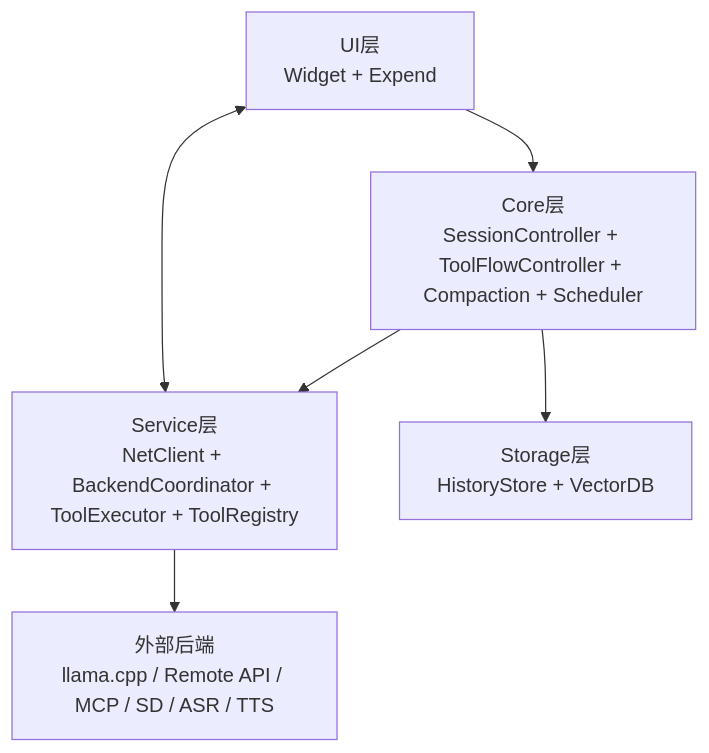
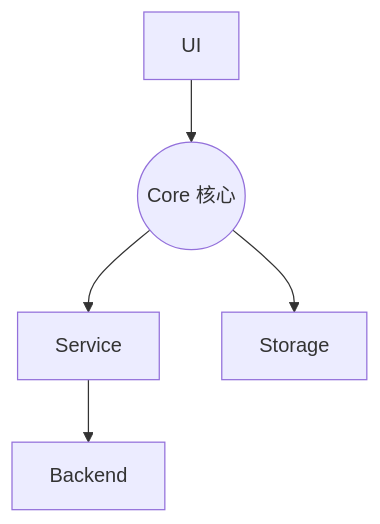
The first of 7 diagrams in docs/机体架构设计.md (ylsdamxssjxxdd/eva), drawn with Mermaid before and after one commit. The commit also changed other lines of this file and 1 other file, not shown here.

````diff
--- a/docs/机体架构设计.md
+++ b/docs/机体架构设计.md
@@ -14,12 +14,11 @@
 ```mermaid
 flowchart TB
-  UI[UI层\nWidget + Expend]
-  CORE[Core层\nSessionController + ToolFlowController + Compaction + Scheduler]
-  SERVICE[Service层\nNetClient + BackendCoordinator + ToolExecutor + ToolRegistry]
-  STORAGE[Storage层\nHistoryStore + VectorDB]
-  BACKEND[外部后端\nllama.cpp / Remote API / MCP / SD / ASR / TTS]
+  CORE((Core 核心))
+  UI[UI]
+  SERVICE[Service]
+  STORAGE[Storage]
+  BACKEND[Backend]
 
   UI --> CORE --> SERVICE --> BACKEND
   CORE --> STORAGE
-  UI <--> SERVICE
 ```
````
